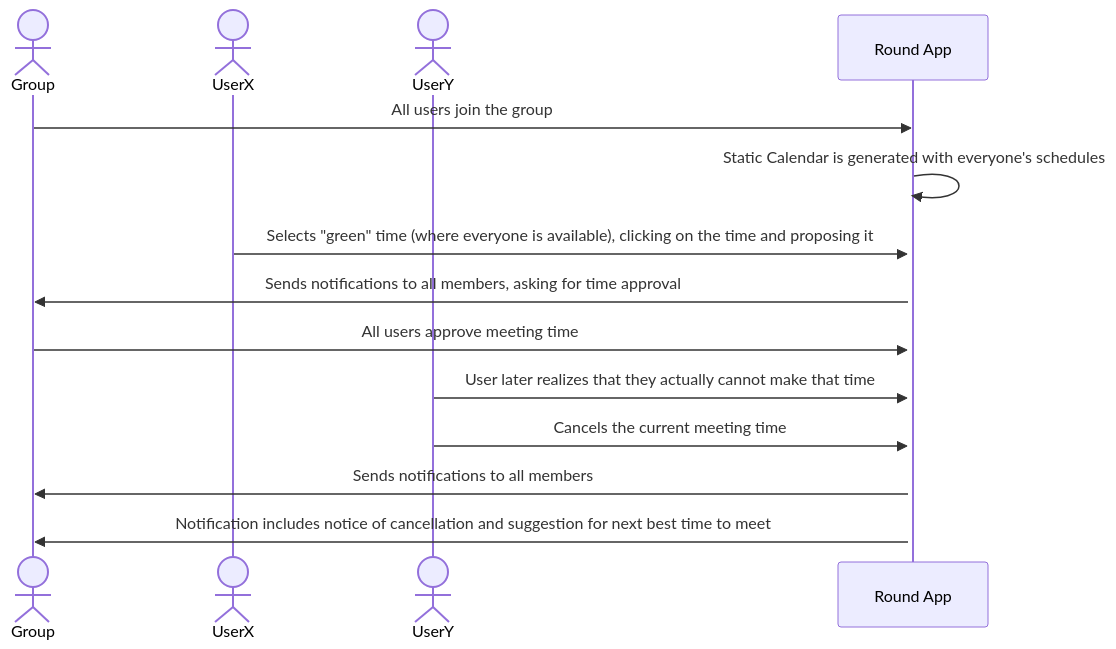
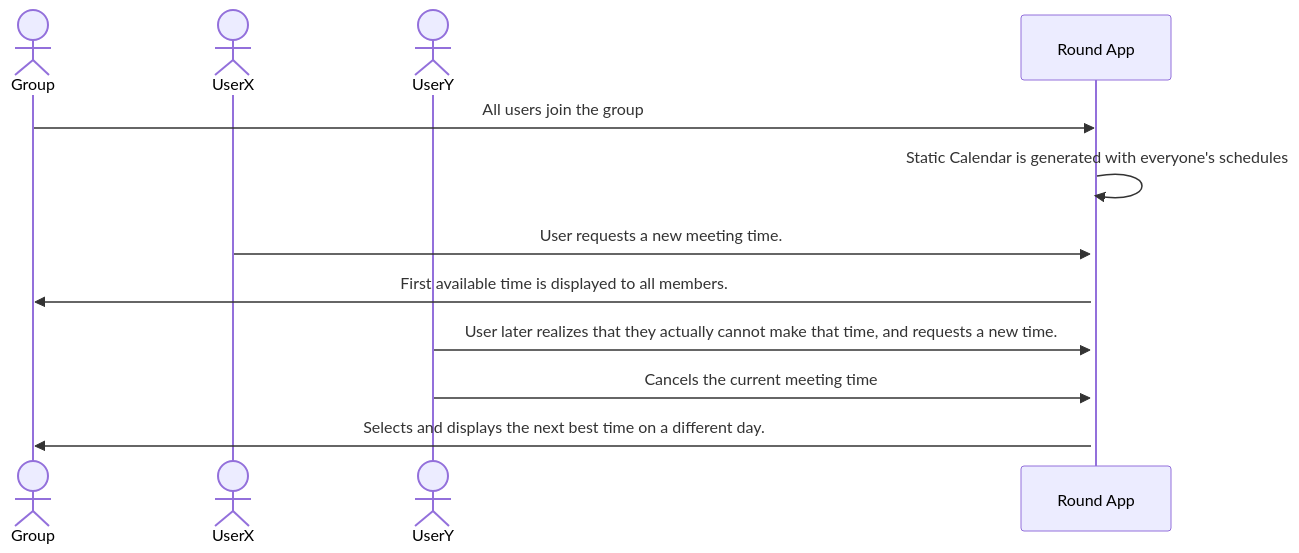
Diagram 13 of 15 in documentation/docs/system-architecture/design.md (Capstone-Projects-2023-Spring/project-groupmeet), drawn with Mermaid before and after one commit. The commit also changed other lines of this file, not shown here.

````diff
--- a/documentation/docs/system-architecture/design.md
+++ b/documentation/docs/system-architecture/design.md
@@ -516,18 +529,16 @@
 ```mermaid
 sequenceDiagram
     actor Group
     actor UserX
     actor UserY
     participant Round App
 
     Group->>Round App: All users join the group
     Round App->>+ Round App: Static Calendar is generated with everyone's schedules
-    UserX->>Round App: Selects "green" time (where everyone is available), clicking on the time and proposing it
-    Round App->>Group: Sends notifications to all members, asking for time approval
-    Group->>Round App: All users approve meeting time
-    UserY->>Round App: User later realizes that they actually cannot make that time
+    UserX->>Round App: User requests a new meeting time.
+    Round App->>Group: First available time is displayed to all members.
+    UserY->>Round App: User later realizes that they actually cannot make that time, and requests a new time.
     UserY->>Round App: Cancels the current meeting time
-    Round App->>Group: Sends notifications to all members
-    Round App->>Group: Notification includes notice of cancellation and suggestion for next best time to meet
+    Round App->>Group: Selects and displays the next best time on a different day.
 
 ```
````
